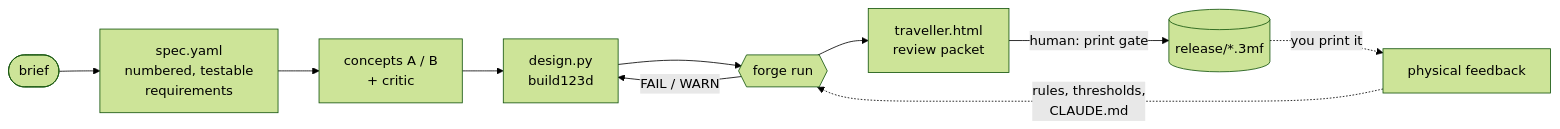
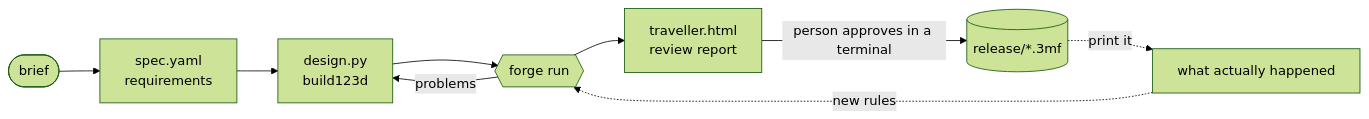
One commit to gopherbone/forge changed the first of 2 diagrams in README.md. Above: the diagram before and after it, drawn with Mermaid (forest theme). The commit also changed other lines of this file and 4 other files, not shown here.

````diff
--- a/README.md
+++ b/README.md
@@ -32,12 +72,11 @@
 ```mermaid
 flowchart LR
-  B([brief]) --> S[spec.yaml<br/>numbered, testable<br/>requirements]
-  S --> C[concepts A / B<br/>+ critic]
-  C --> D[design.py<br/>build123d]
+  B([brief]) --> S[spec.yaml<br/>requirements]
+  S --> D[design.py<br/>build123d]
   D --> R{{forge run}}
-  R -->|FAIL / WARN| D
-  R --> T[traveller.html<br/>review packet]
-  T -->|human: print gate| X[(release/*.3mf)]
-  X -.->|you print it| P[physical feedback]
-  P -.->|rules, thresholds,<br/>CLAUDE.md| R
+  R -->|problems| D
+  R --> T[traveller.html<br/>review report]
+  T -->|person approves in a terminal| X[(release/*.3mf)]
+  X -.->|print it| P[what actually happened]
+  P -.->|new rules| R
 ```
````
